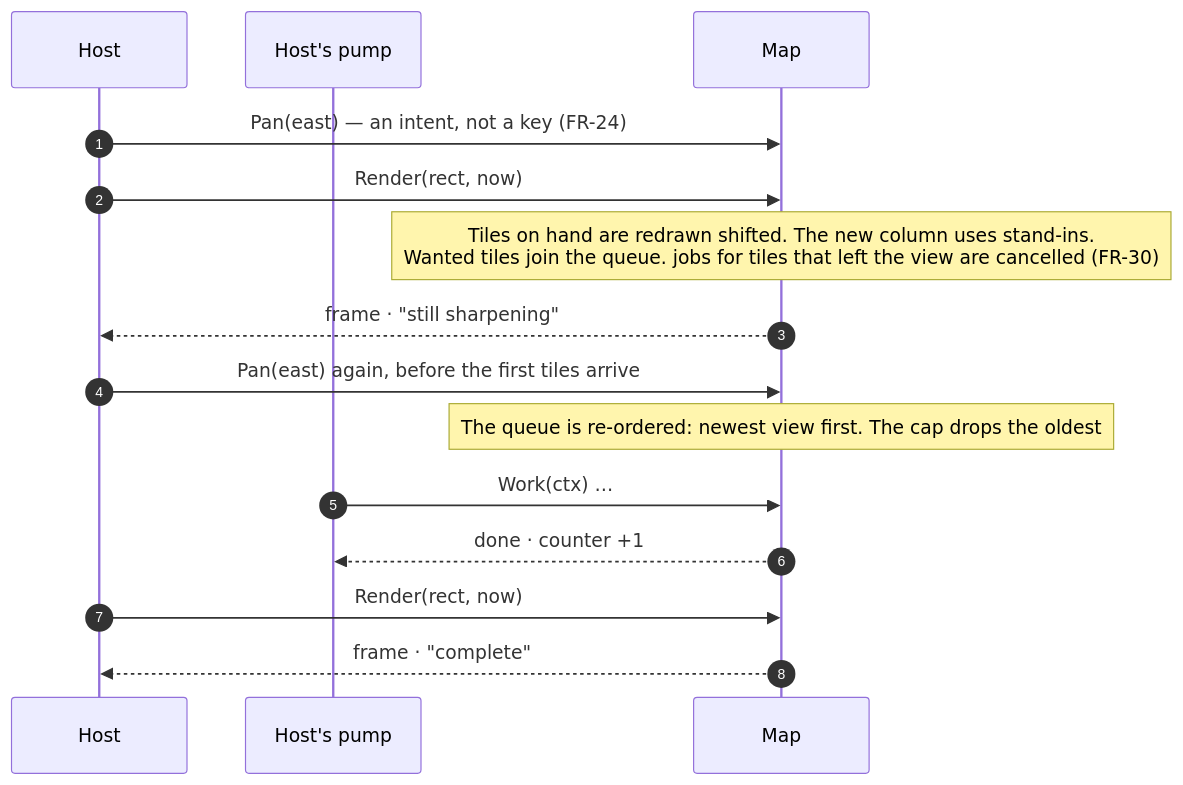
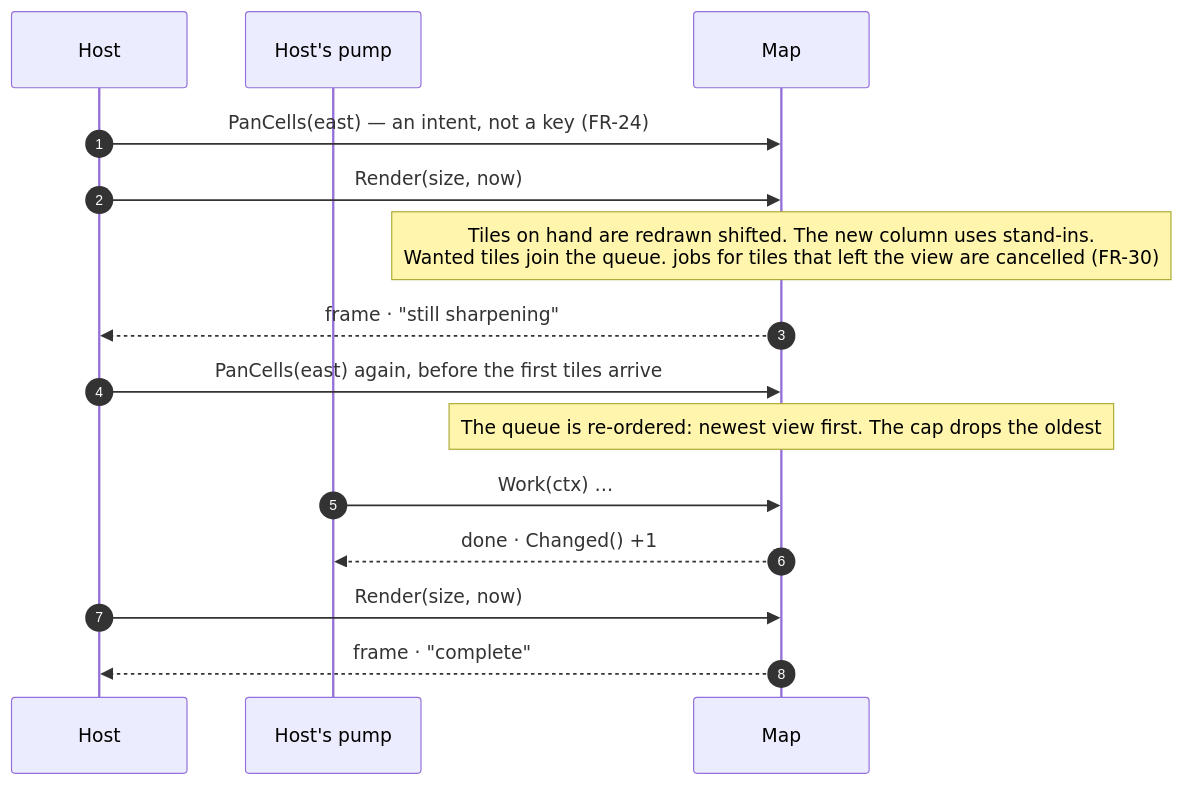
Before and after one commit to branden-thompson/go-tuimaps: the second of 4 diagrams in 06_docs/02_features/go-tuimaps/03-architecture-design/L3-sequences.md, drawn with Mermaid. The commit also changed other lines of this file and 20 other files, not shown here.

````diff
--- a/06_docs/02_features/go-tuimaps/03-architecture-design/L3-sequences.md
+++ b/06_docs/02_features/go-tuimaps/03-architecture-design/L3-sequences.md
@@ -47,17 +48,17 @@
 ```mermaid
 sequenceDiagram
     autonumber
     participant H as Host
     participant P as Host's pump
     participant M as Map
-    H->>M: Pan(east) — an intent, not a key (FR-24)
-    H->>M: Render(rect, now)
+    H->>M: PanCells(east) — an intent, not a key (FR-24)
+    H->>M: Render(size, now)
     Note over M: Tiles on hand are redrawn shifted. The new column uses stand-ins.<br/>Wanted tiles join the queue. jobs for tiles that left the view are cancelled (FR-30)
     M-->>H: frame · "still sharpening"
-    H->>M: Pan(east) again, before the first tiles arrive
+    H->>M: PanCells(east) again, before the first tiles arrive
     Note over M: The queue is re-ordered: newest view first. The cap drops the oldest
     P->>M: Work(ctx) …
-    M-->>P: done · counter +1
-    H->>M: Render(rect, now)
+    M-->>P: done · Changed() +1
+    H->>M: Render(size, now)
     M-->>H: frame · "complete"
 ```
````
